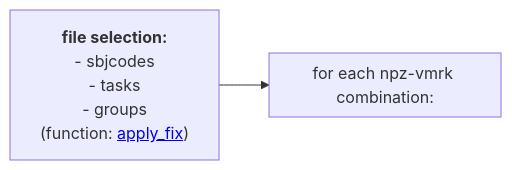
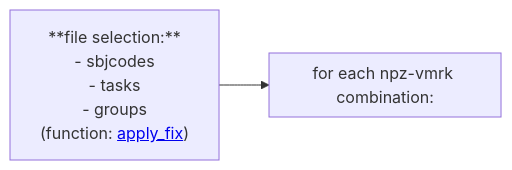
Before and after one commit to neuro-dream/Trigger-Fix: the diagram in README.md, drawn with Mermaid.

````diff
--- a/README.md
+++ b/README.md
@@ -6,17 +6,13 @@
 ```mermaid
 graph LR;
-    A["`**file selection:**
-	- sbjcodes
-	- tasks
-	- groups
-	(function: <a href='[https://github.com/neurodream/Trigger-Fix/blob/main/trigfix/trigger_compare_functions.py#L170](https://github.com/neurodream/Trigger-Fix/blob/main/trigfix/trigger_compare_functions.py#L92)'>apply_fix</a>)`"]
+    A["**file selection:**<br> - sbjcodes<br> - tasks<br> - groups<br> (function: <a href='https://github.com/neurodream/Trigger-Fix/blob/main/trigfix/trigger_compare_functions.py#L92'>apply_fix</a>)"]
 
 subgraph for_each_file_comb["for each npz-vmrk combination:"]
     direction TB
 end
 
     A-->for_each_file_comb;
     %% A-->C;
     %% B-->D;
     %% C-->D;
 ```
````
